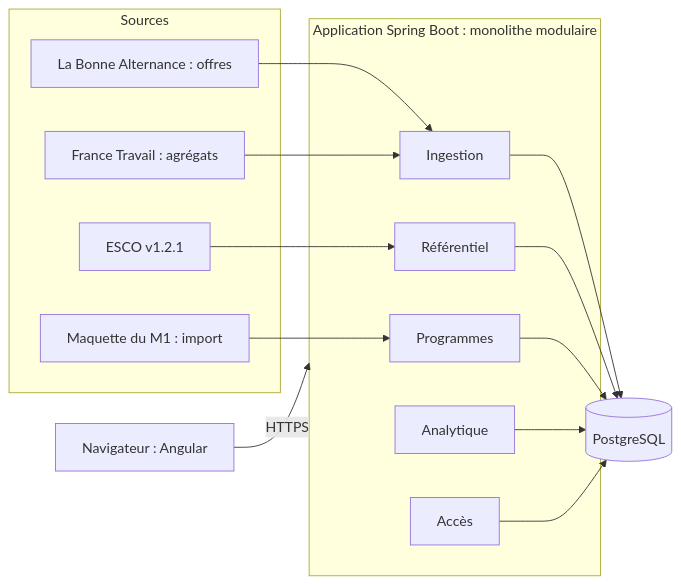
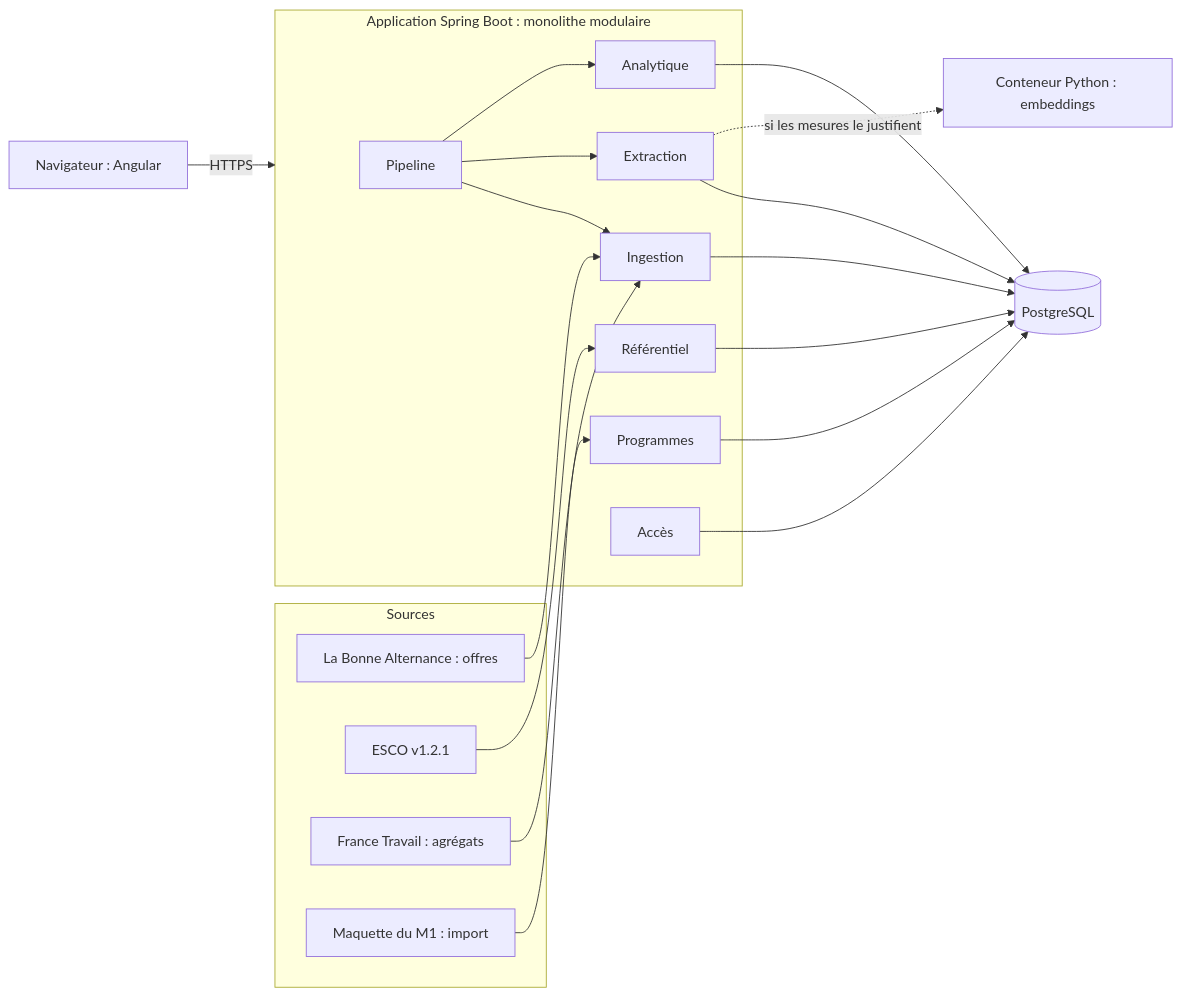
The diagram in README.md (abdellahjebar/SkillPath_), drawn with Mermaid before and after one commit. The commit also changed other lines of this file and 32 other files, not shown here.

````diff
--- a/README.md
+++ b/README.md
@@ -47,26 +48,33 @@
 ```mermaid
 flowchart LR
     subgraph Sources
         A["La Bonne Alternance : offres"]
         B["ESCO v1.2.1"]
         C["France Travail : agrégats"]
         M["Maquette du M1 : import"]
     end
     subgraph App["Application Spring Boot : monolithe modulaire"]
+        PL[Pipeline]
         I[Ingestion]
         R["Référentiel"]
+        E[Extraction]
         P[Programmes]
         N[Analytique]
         X["Accès"]
     end
     A --> I
     C --> I
     B --> R
     M --> P
+    PL --> I
+    PL --> E
+    PL --> N
     I --> D[("PostgreSQL")]
     R --> D
+    E --> D
     P --> D
     N --> D
     X --> D
+    E -.->|"si les mesures le justifient"| PY["Conteneur Python : embeddings"]
     U["Navigateur : Angular"] -->|HTTPS| App
 ```
````
